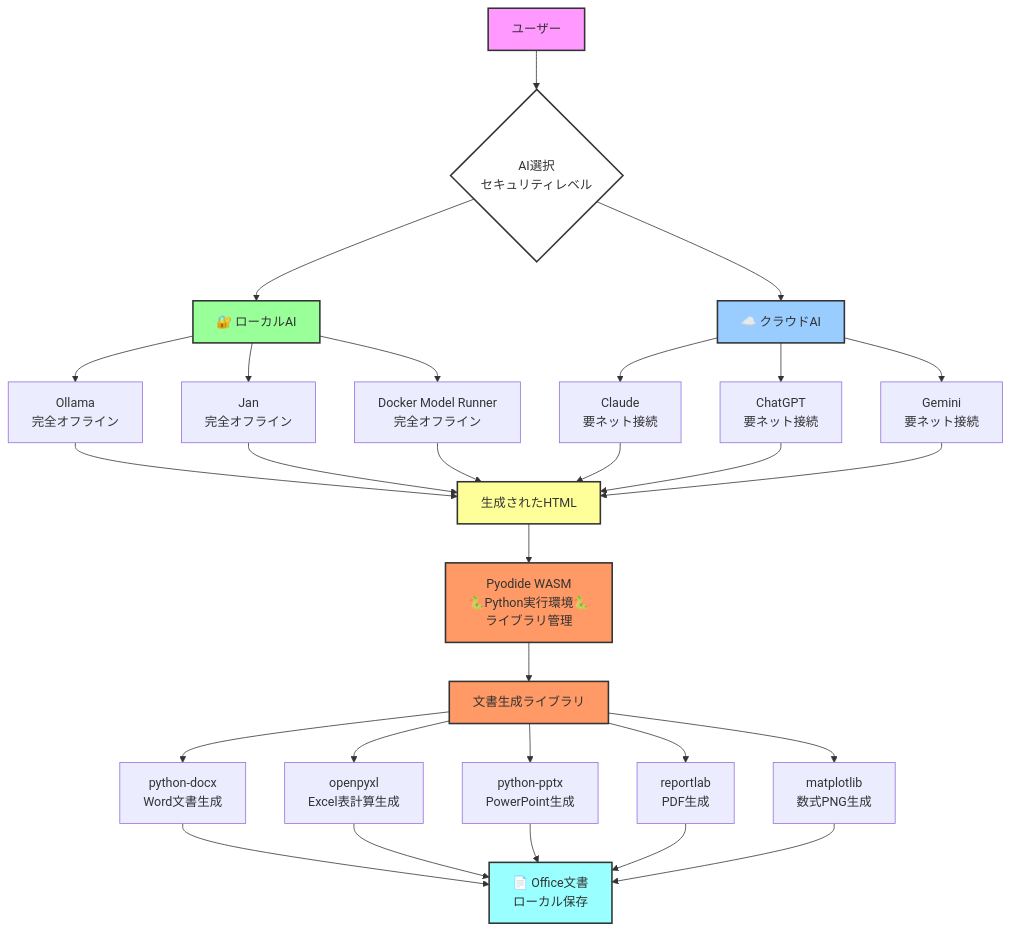
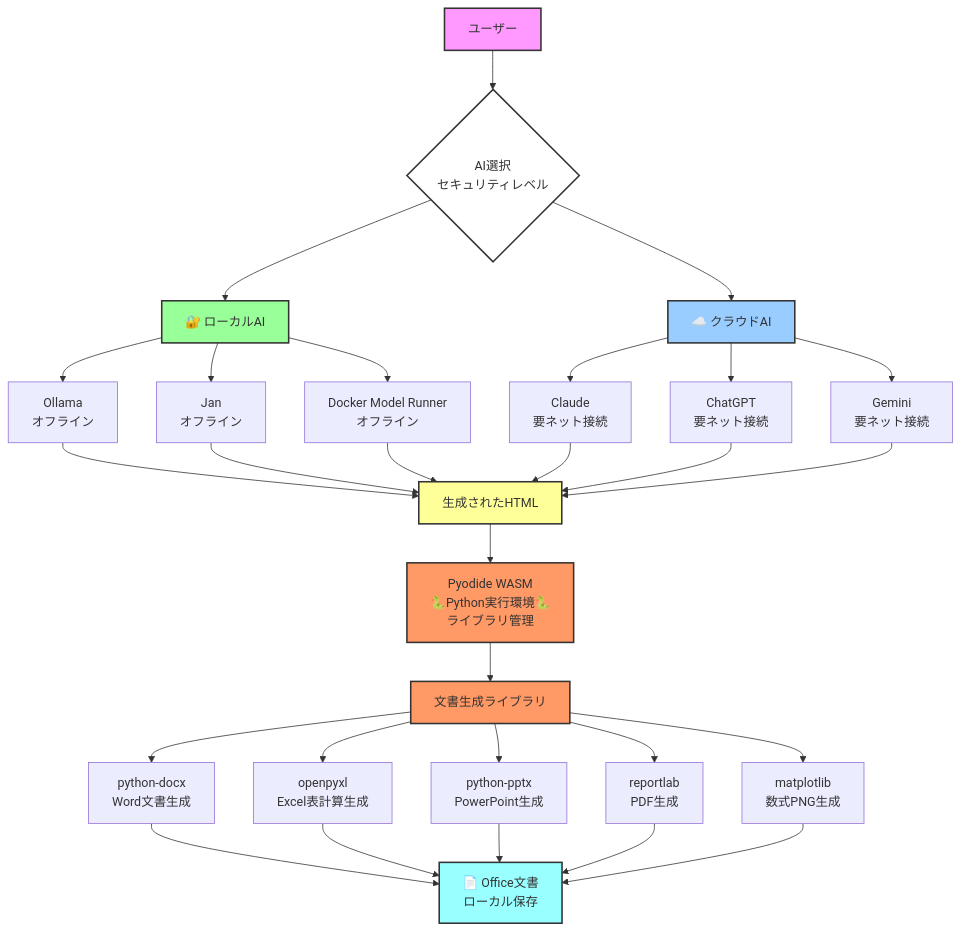
The second of 2 diagrams in README.md (HarmoniaEpic/text-to-officefile-or-wasmapp-recipes), drawn with Mermaid before and after one commit. The commit also changed other lines of this file, not shown here.

````diff
--- a/README.md
+++ b/README.md
@@ -285,46 +285,46 @@
 ```mermaid
 flowchart TD
     A[ユーザー] --> B{AI選択<br/>セキュリティレベル}
     
     B --> C[🔐 ローカルAI]
     B --> D[☁️ クラウドAI]
     
-    C --> C1[Ollama<br/>完全オフライン]
-    C --> C2[Jan<br/>完全オフライン]
-    C --> C3[Docker Model Runner<br/>完全オフライン]
+    C --> C1[Ollama<br/>オフライン]
+    C --> C2[Jan<br/>オフライン]
+    C --> C3[Docker Model Runner<br/>オフライン]
     
     D --> D1[Claude<br/>要ネット接続]
     D --> D2[ChatGPT<br/>要ネット接続]
     D --> D3[Gemini<br/>要ネット接続]
     
     C1 --> E[生成されたHTML]
     C2 --> E
     C3 --> E
     D1 --> E
     D2 --> E
     D3 --> E
     
     E --> F[Pyodide WASM<br/>🐍Python実行環境🐍<br/>ライブラリ管理]
     F --> G[文書生成ライブラリ]
     
     G --> G1[python-docx<br/>Word文書生成]
     G --> G2[openpyxl<br/>Excel表計算生成]
     G --> G3[python-pptx<br/>PowerPoint生成]
     G --> G4[reportlab<br/>PDF生成]
     G --> G5[matplotlib<br/>数式PNG生成]
     
     G1 --> H[📄 Office文書<br/>ローカル保存]
     G2 --> H
     G3 --> H
     G4 --> H
     G5 --> H
     
     style A fill:#f9f,stroke:#333,stroke-width:2px
     style B fill:#fff,stroke:#333,stroke-width:2px
     style C fill:#9f9,stroke:#333,stroke-width:2px
     style D fill:#9cf,stroke:#333,stroke-width:2px
     style E fill:#ff9,stroke:#333,stroke-width:2px
     style F fill:#f96,stroke:#333,stroke-width:2px
     style G fill:#f96,stroke:#333,stroke-width:2px
     style H fill:#9ff,stroke:#333,stroke-width:2px
 ```
````
